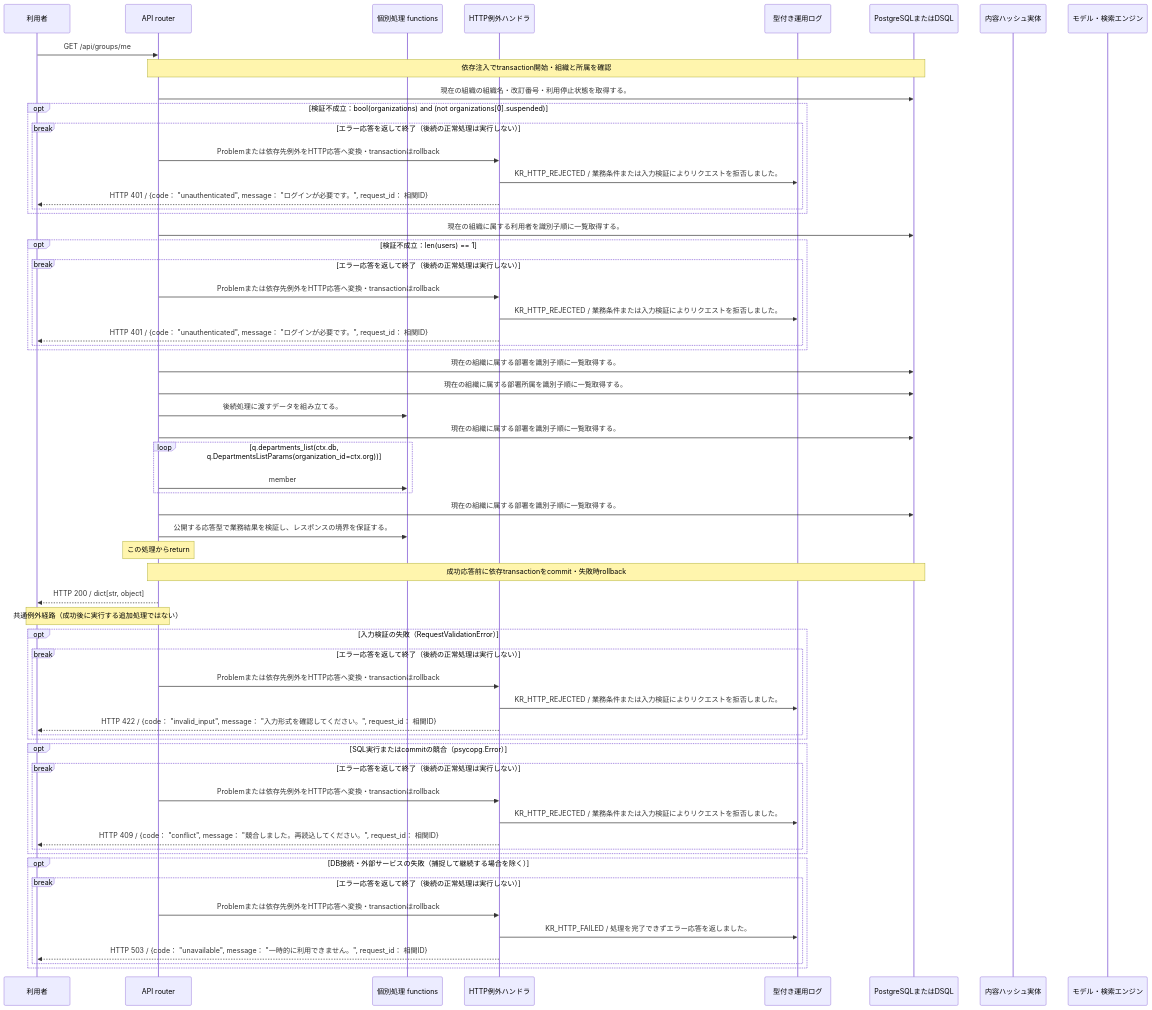
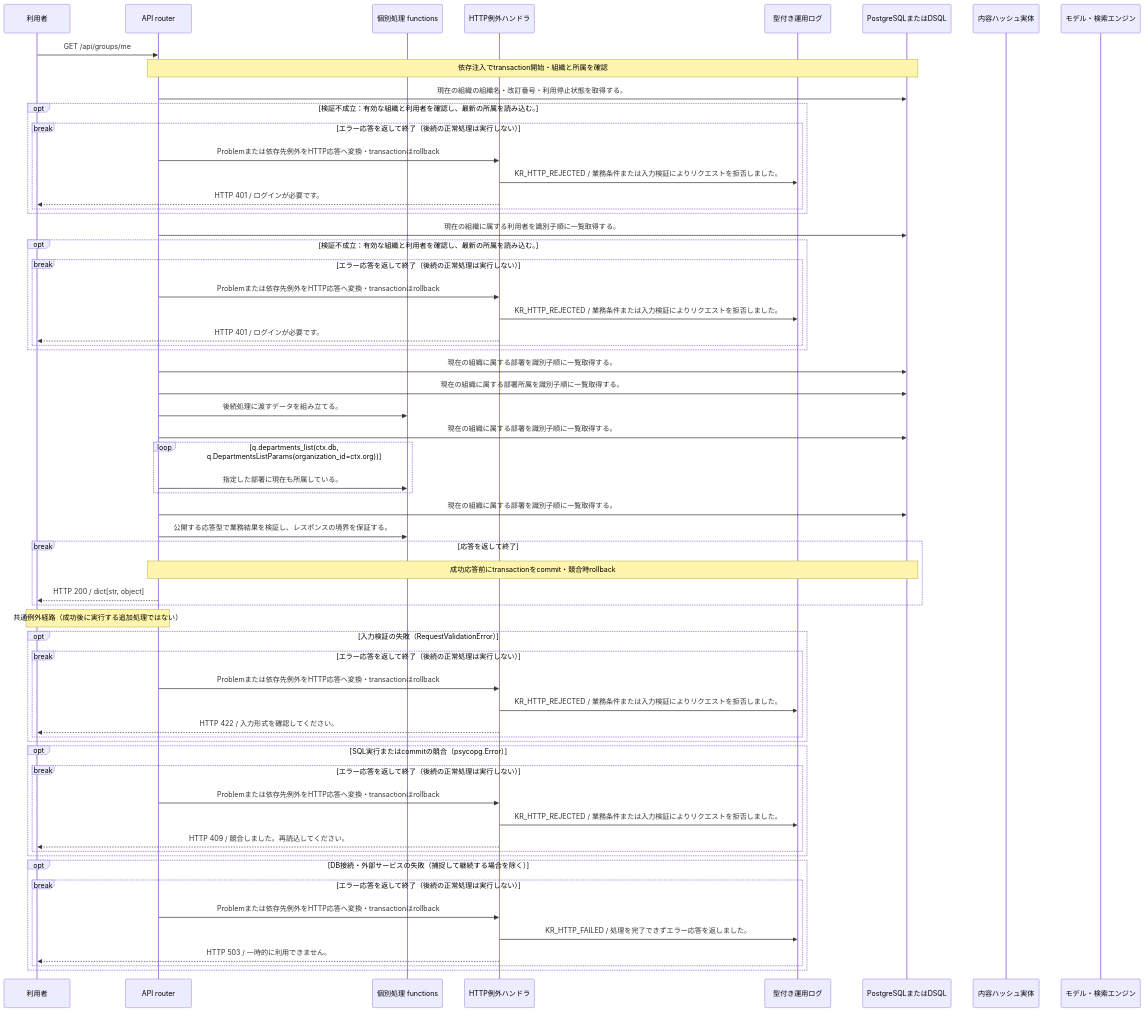
The diagram in docs/design/generated/api/groups/get_identity/sequence.md (tsuji-tomonori/KotoRelay), drawn with Mermaid before and after one commit. The commit also changed other lines of this file and 245 other files, not shown here.

````diff
--- a/docs/design/generated/api/groups/get_identity/sequence.md
+++ b/docs/design/generated/api/groups/get_identity/sequence.md
@@ -7,63 +7,64 @@
 ```mermaid
 sequenceDiagram
     participant U as 利用者
     participant A as API router
     participant F as 個別処理 functions
     participant E as HTTP例外ハンドラ
     participant L as 型付き運用ログ
     participant D as PostgreSQLまたはDSQL
     participant S as 内容ハッシュ実体
     participant M as モデル・検索エンジン
     U->>A: GET /api/groups/me
     Note over A,D: 依存注入でtransaction開始・組織と所属を確認
     A->>D: 現在の組織の組織名・改訂番号・利用停止状態を取得する。
-    opt 検証不成立：bool(organizations) and (not organizations[0].suspended)
+    opt 検証不成立：有効な組織と利用者を確認し、最新の所属を読み込む。
     break エラー応答を返して終了（後続の正常処理は実行しない）
     A->>E: Problemまたは依存先例外をHTTP応答へ変換・transactionはrollback
     E->>L: KR_HTTP_REJECTED / 業務条件または入力検証によりリクエストを拒否しました。
-    E-->>U: HTTP 401 / {code： "unauthenticated", message： "ログインが必要です。", request_id： 相関ID}
+    E-->>U: HTTP 401 / ログインが必要です。
     end
     end
     A->>D: 現在の組織に属する利用者を識別子順に一覧取得する。
-    opt 検証不成立：len(users) == 1
+    opt 検証不成立：有効な組織と利用者を確認し、最新の所属を読み込む。
     break エラー応答を返して終了（後続の正常処理は実行しない）
     A->>E: Problemまたは依存先例外をHTTP応答へ変換・transactionはrollback
     E->>L: KR_HTTP_REJECTED / 業務条件または入力検証によりリクエストを拒否しました。
-    E-->>U: HTTP 401 / {code： "unauthenticated", message： "ログインが必要です。", request_id： 相関ID}
+    E-->>U: HTTP 401 / ログインが必要です。
     end
     end
     A->>D: 現在の組織に属する部署を識別子順に一覧取得する。
     A->>D: 現在の組織に属する部署所属を識別子順に一覧取得する。
     A->>F: 後続処理に渡すデータを組み立てる。
     A->>D: 現在の組織に属する部署を識別子順に一覧取得する。
     loop q.departments_list(ctx.db, q.DepartmentsListParams(organization_id=ctx.org))
-    A->>F: member
+    A->>F: 指定した部署に現在も所属している。
     end
     A->>D: 現在の組織に属する部署を識別子順に一覧取得する。
     A->>F: 公開する応答型で業務結果を検証し、レスポンスの境界を保証する。
-    Note over A: この処理からreturn
-    Note over A,D: 成功応答前に依存transactionをcommit・失敗時rollback
+    break 応答を返して終了
+    Note over A,D: 成功応答前にtransactionをcommit・競合時rollback
     A-->>U: HTTP 200 / dict[str, object]
+    end
     Note over A,U: 共通例外経路（成功後に実行する追加処理ではない）
     opt 入力検証の失敗（RequestValidationError）
     break エラー応答を返して終了（後続の正常処理は実行しない）
     A->>E: Problemまたは依存先例外をHTTP応答へ変換・transactionはrollback
     E->>L: KR_HTTP_REJECTED / 業務条件または入力検証によりリクエストを拒否しました。
-    E-->>U: HTTP 422 / {code： "invalid_input", message： "入力形式を確認してください。", request_id： 相関ID}
+    E-->>U: HTTP 422 / 入力形式を確認してください。
     end
     end
     opt SQL実行またはcommitの競合（psycopg.Error）
     break エラー応答を返して終了（後続の正常処理は実行しない）
     A->>E: Problemまたは依存先例外をHTTP応答へ変換・transactionはrollback
     E->>L: KR_HTTP_REJECTED / 業務条件または入力検証によりリクエストを拒否しました。
-    E-->>U: HTTP 409 / {code： "conflict", message： "競合しました。再読込してください。", request_id： 相関ID}
+    E-->>U: HTTP 409 / 競合しました。再読込してください。
     end
     end
     opt DB接続・外部サービスの失敗（捕捉して継続する場合を除く）
     break エラー応答を返して終了（後続の正常処理は実行しない）
     A->>E: Problemまたは依存先例外をHTTP応答へ変換・transactionはrollback
     E->>L: KR_HTTP_FAILED / 処理を完了できずエラー応答を返しました。
-    E-->>U: HTTP 503 / {code： "unavailable", message： "一時的に利用できません。", request_id： 相関ID}
+    E-->>U: HTTP 503 / 一時的に利用できません。
     end
     end
 ```
````
